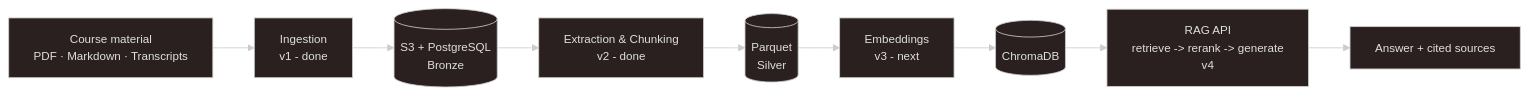
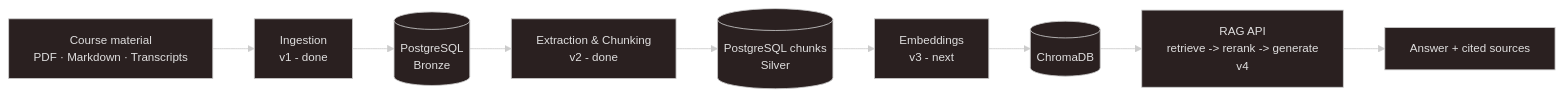
Before and after one commit to JohnnyHyytiainen/project3-kms: the diagram in README.md, drawn with Mermaid. The commit also changed other lines of this file and 6 other files, not shown here.

Commit message:
docs: remove S3, LocalStack and Parquet from README, ERD and diagrams

````diff
--- a/README.md
+++ b/README.md
@@ -19,15 +19,15 @@
 ```mermaid
 ---
 config:
   theme: neo-dark
 ---
 flowchart LR
     SRC["Course material<br/>PDF · Markdown · Transcripts"] --> ING["Ingestion<br/>v1 - done"]
-    ING --> BRONZE[("S3 + PostgreSQL<br/>Bronze")]
+    ING --> BRONZE[("PostgreSQL<br/>Bronze")]
     BRONZE --> EXT["Extraction & Chunking<br/>v2 - done"]
-    EXT --> SILVER[("Parquet<br/>Silver")]
+    EXT --> SILVER[("PostgreSQL chunks<br/>Silver")]
     SILVER --> EMB["Embeddings<br/>v3 - next"]
     EMB --> VDB[("ChromaDB")]
     VDB --> API["RAG API<br/>retrieve -> rerank -> generate<br/>v4"]
     API --> OUT["Answer + cited sources"]
 ```
````
